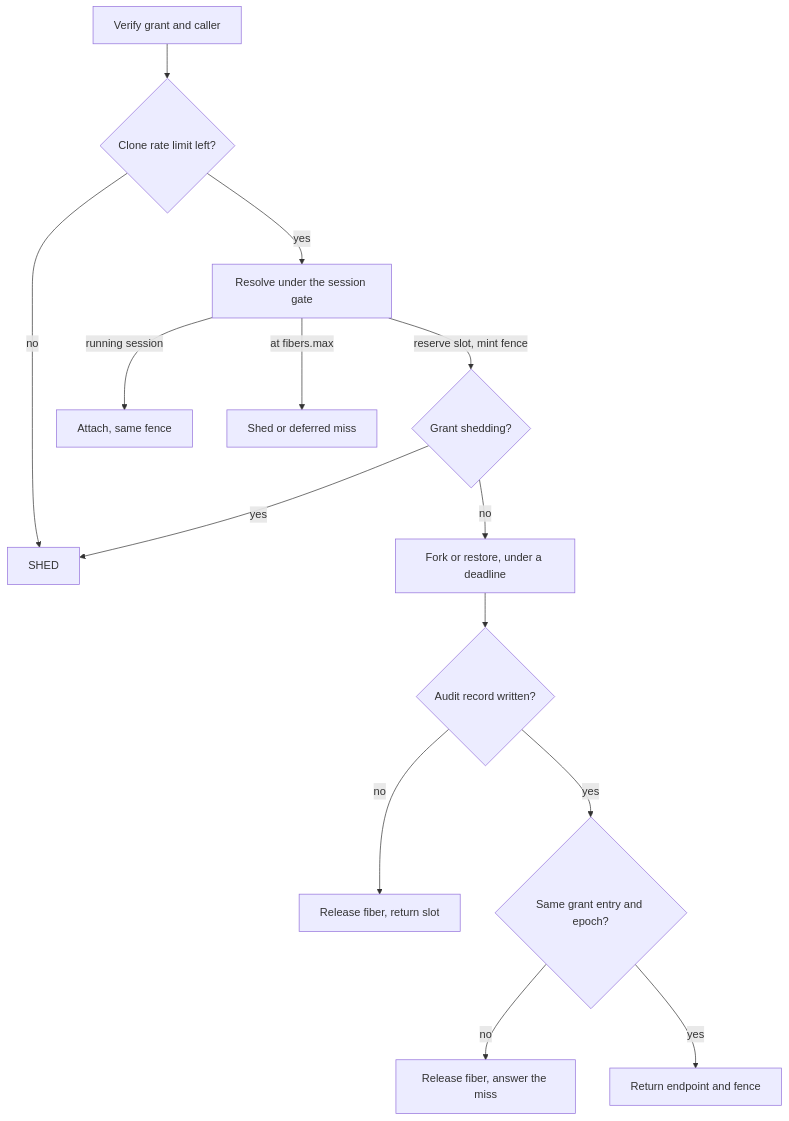
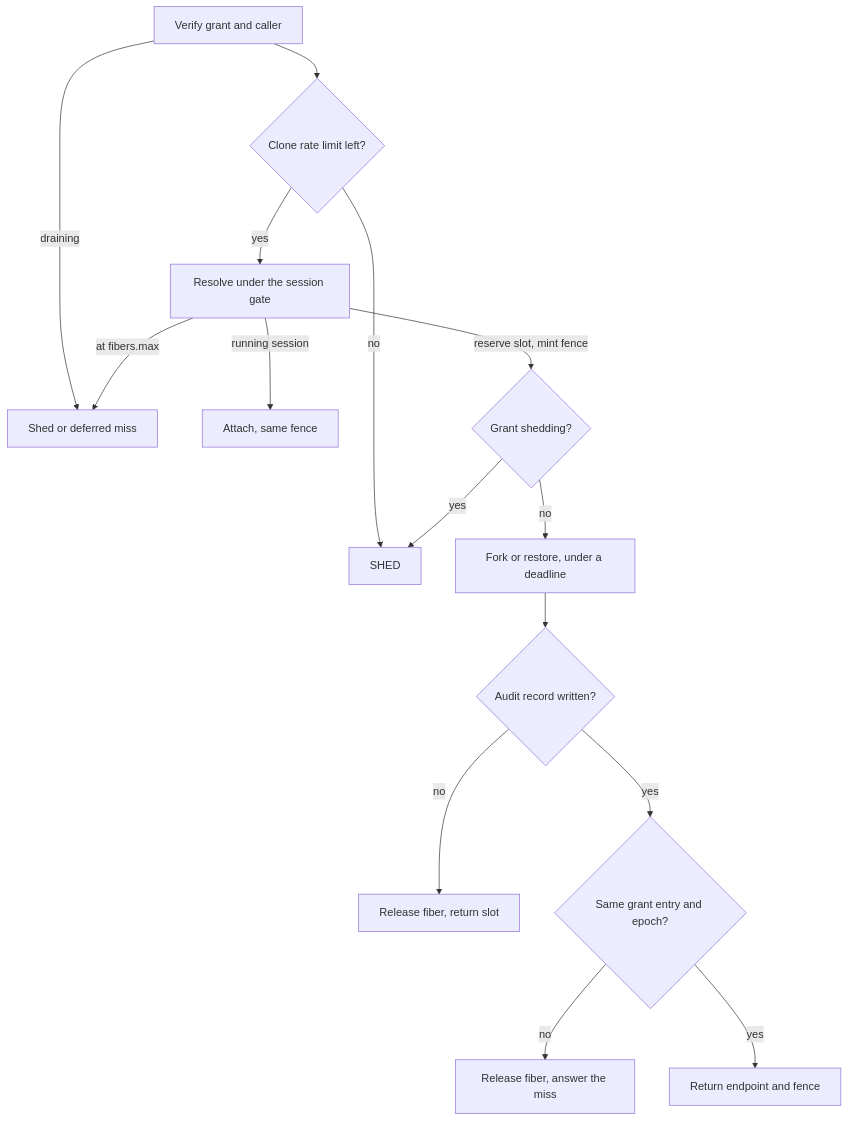
Before and after one commit to helayoty/fiberd: the second of 2 diagrams in docs/design/core.md, drawn with Mermaid. The commit also changed other lines of this file and 26 other files, not shown here.

````diff
--- a/docs/design/core.md
+++ b/docs/design/core.md
@@ -25,16 +25,17 @@
 ```mermaid
 flowchart TD
   V[Verify grant and caller] --> B{Clone rate limit left?}
+  V -- draining --> MISS
   B -- no --> SHED
   B -- yes --> R[Resolve under the session gate]
   R -- running session --> AT[Attach, same fence]
   R -- at fibers.max --> MISS[Shed or deferred miss]
   R -- reserve slot, mint fence --> S{Grant shedding?}
   S -- yes --> SHED
   S -- no --> RT[Fork or restore, under a deadline]
   RT --> AU{Audit record written?}
   AU -- no --> RB[Release fiber, return slot]
   AU -- yes --> C{Same grant entry and epoch?}
   C -- no --> RL[Release fiber, answer the miss]
   C -- yes --> OK[Return endpoint and fence]
 ```
````
